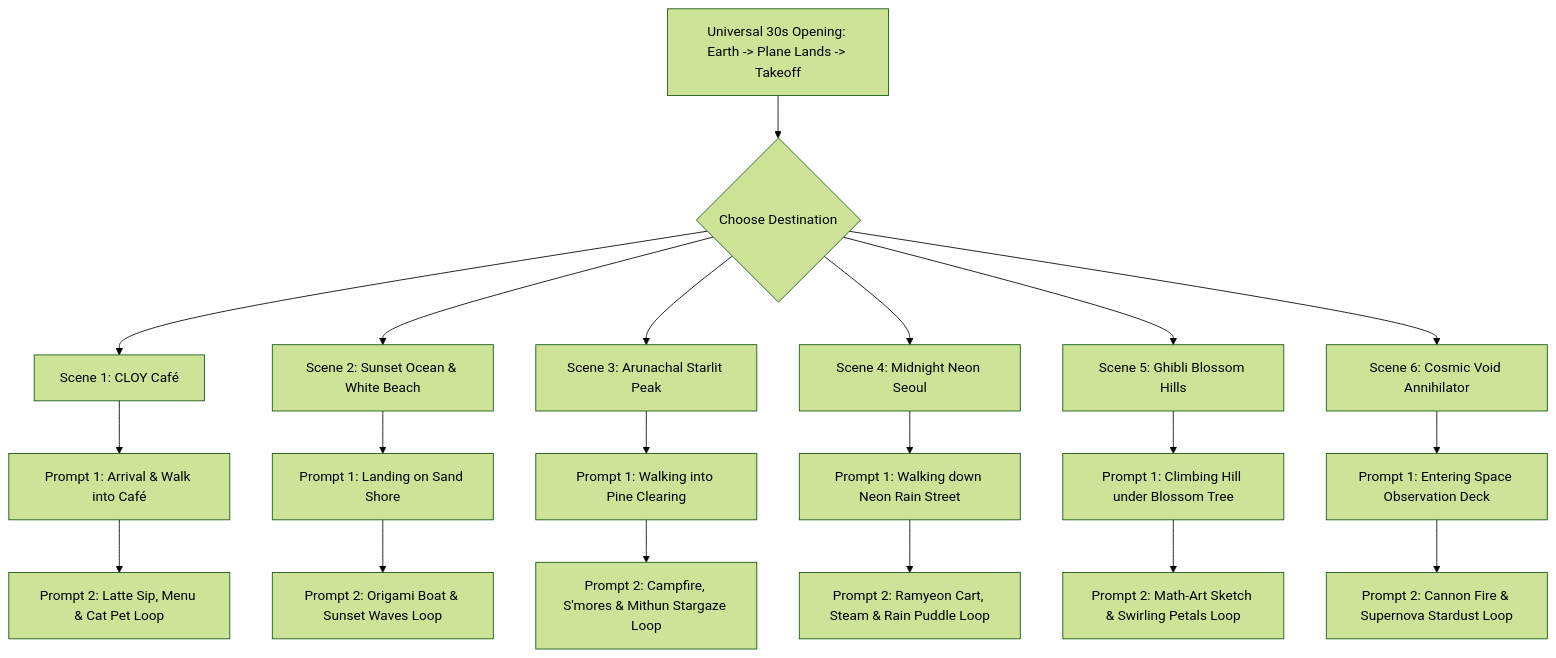
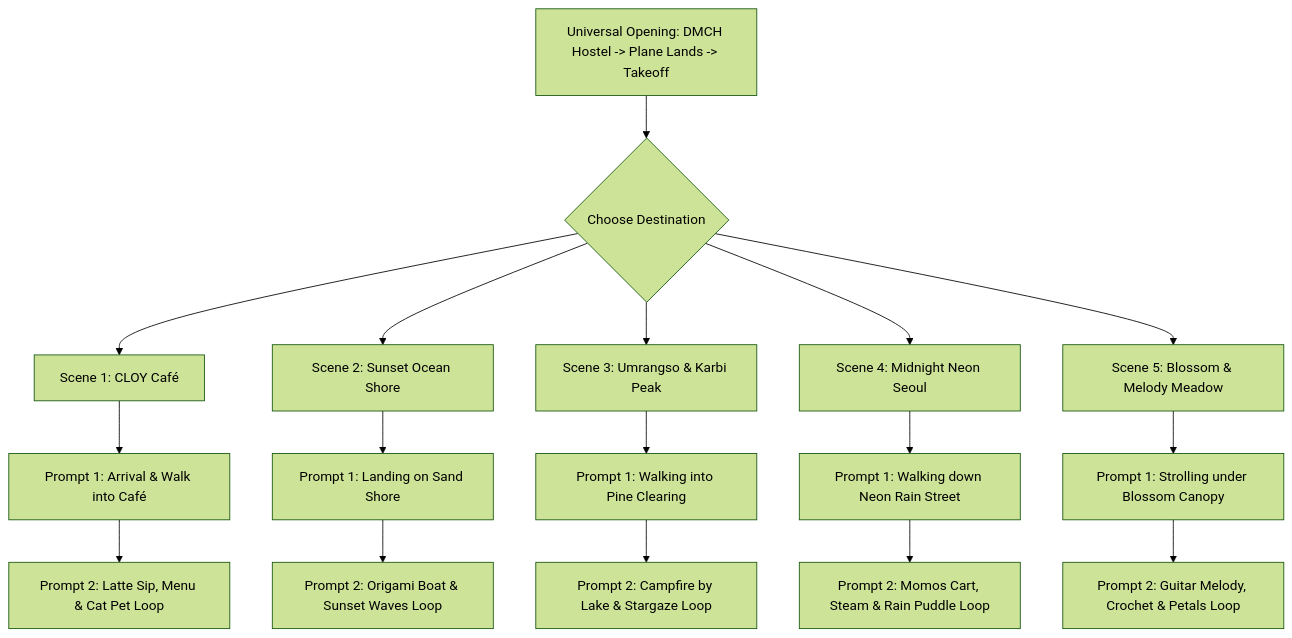
Before and after one commit to markknoffler/lins_escape: the diagram in Cinematic_Story_Video_Prompts.md, drawn with Mermaid (forest theme). The commit also changed other lines of this file and 31 other files, not shown here.

````diff
--- a/Cinematic_Story_Video_Prompts.md
+++ b/Cinematic_Story_Video_Prompts.md
@@ -19,17 +19,15 @@
 ```mermaid
 graph TD
-    A["Universal 30s Opening: Earth -> Plane Lands -> Takeoff"] --> B{"Choose Destination"}
+    A["Universal Opening: DMCH Hostel -> Plane Lands -> Takeoff"] --> B{"Choose Destination"}
     B --> C1["Scene 1: CLOY Café"]
-    B --> C2["Scene 2: Sunset Ocean & White Beach"]
-    B --> C3["Scene 3: Arunachal Starlit Peak"]
+    B --> C2["Scene 2: Sunset Ocean Shore"]
+    B --> C3["Scene 3: Umrangso & Karbi Peak"]
     B --> C4["Scene 4: Midnight Neon Seoul"]
-    B --> C5["Scene 5: Ghibli Blossom Hills"]
-    B --> C6["Scene 6: Cosmic Void Annihilator"]
+    B --> C5["Scene 5: Blossom & Melody Meadow"]
     
     C1 --> C1_P1["Prompt 1: Arrival & Walk into Café"] --> C1_P2["Prompt 2: Latte Sip, Menu & Cat Pet Loop"]
     C2 --> C2_P1["Prompt 1: Landing on Sand Shore"] --> C2_P2["Prompt 2: Origami Boat & Sunset Waves Loop"]
-    C3 --> C3_P1["Prompt 1: Walking into Pine Clearing"] --> C3_P2["Prompt 2: Campfire, S'mores & Mithun Stargaze Loop"]
-    C4 --> C4_P1["Prompt 1: Walking down Neon Rain Street"] --> C4_P2["Prompt 2: Ramyeon Cart, Steam & Rain Puddle Loop"]
-    C5 --> C5_P1["Prompt 1: Climbing Hill under Blossom Tree"] --> C5_P2["Prompt 2: Math-Art Sketch & Swirling Petals Loop"]
-    C6 --> C6_P1["Prompt 1: Entering Space Observation Deck"] --> C6_P2["Prompt 2: Cannon Fire & Supernova Stardust Loop"]
+    C3 --> C3_P1["Prompt 1: Walking into Pine Clearing"] --> C3_P2["Prompt 2: Campfire by Lake & Stargaze Loop"]
+    C4 --> C4_P1["Prompt 1: Walking down Neon Rain Street"] --> C4_P2["Prompt 2: Momos Cart, Steam & Rain Puddle Loop"]
+    C5 --> C5_P1["Prompt 1: Strolling under Blossom Canopy"] --> C5_P2["Prompt 2: Guitar Melody, Crochet & Petals Loop"]
 ```
````
